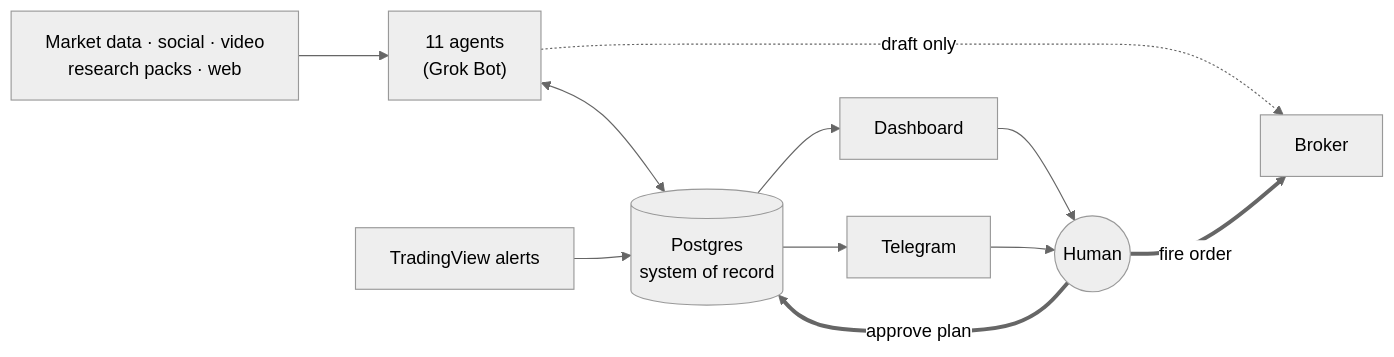
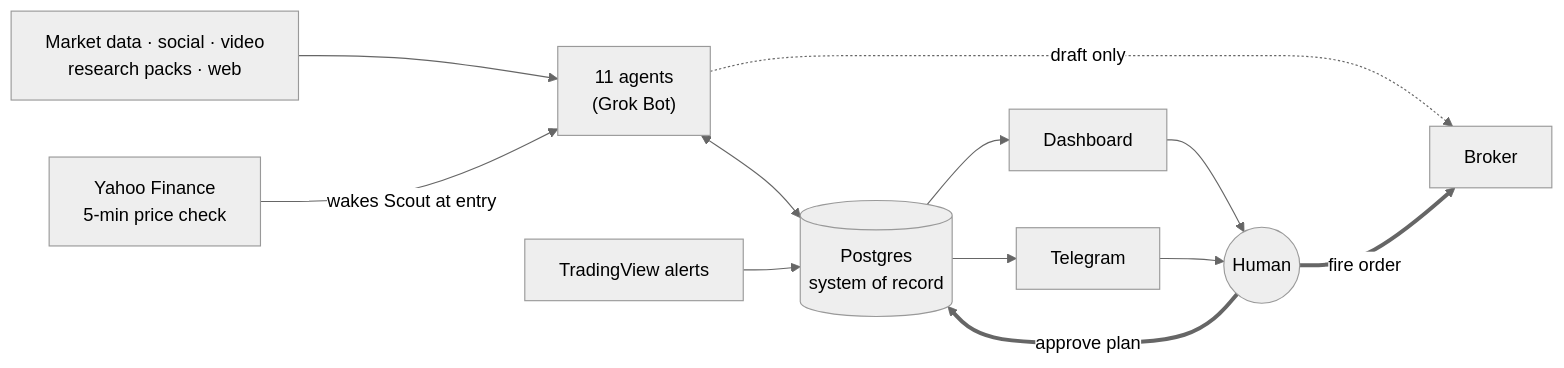
One commit to imranchatur-cpu/TradeOps-Public changed the diagram in README.md. Above: the diagram before and after it, drawn with Mermaid (neutral theme). The commit also changed other lines of this file and 9 other files, not shown here.

First line of the commit message:
Sync public pack with private: Scout instant wake, Yahoo Finance, Floor mirror

````diff
--- a/README.md
+++ b/README.md
@@ -48,11 +48,12 @@
 ```mermaid
 flowchart LR
     IN["Market data · social · video<br/>research packs · web"] --> DESK["11 agents<br/>(Grok Bot)"]
     DESK <--> DB[("Postgres<br/>system of record")]
     DB --> DASH["Dashboard"] & TG["Telegram"]
     TV["TradingView alerts"] --> DB
+    YF["Yahoo Finance<br/>5-min price check"] -->|"wakes Scout at entry"| DESK
     DESK -.->|"draft only"| BR["Broker"]
     H(("Human")) ==>|"approve plan"| DB
     H ==>|"fire order"| BR
     DASH & TG --> H
 ```
````
